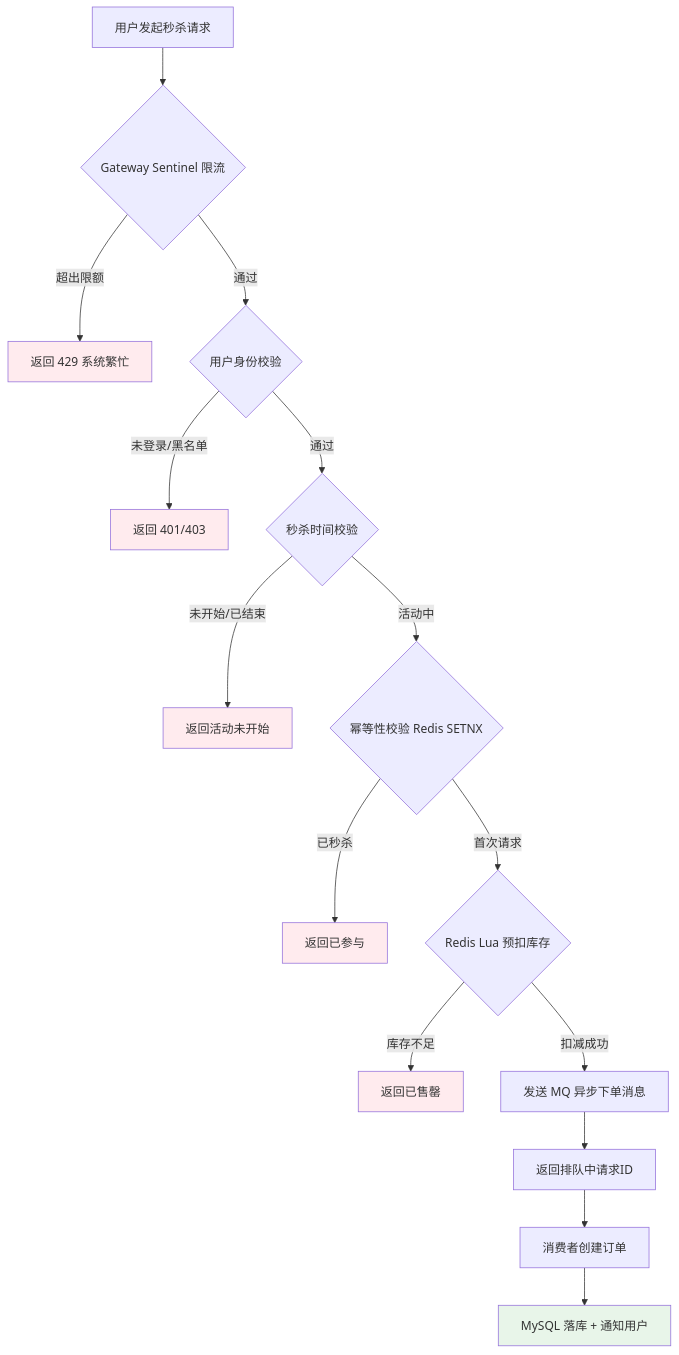
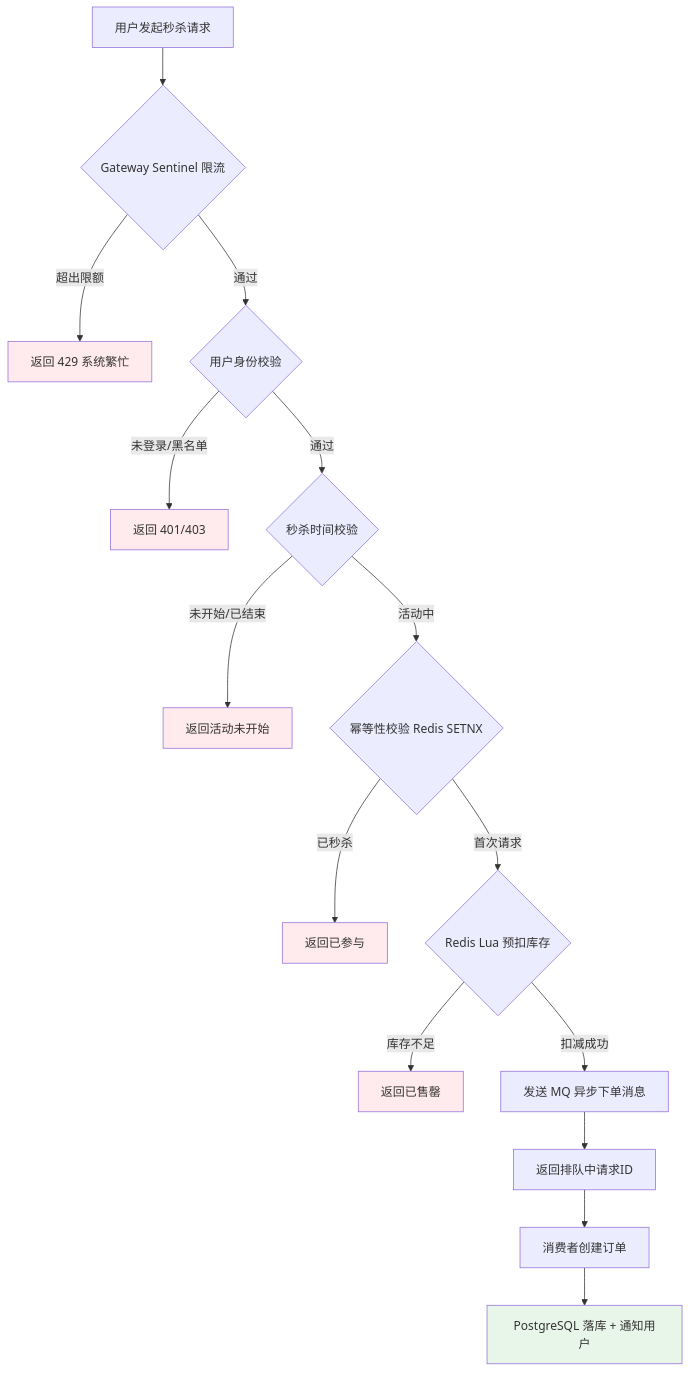
The fourth of 5 diagrams in docs/034-Spring-Cloud秒杀系统设计全解析.md (yjiace/smallyoung_blog), drawn with Mermaid before and after one commit. The commit also changed other lines of this file, not shown here.

````diff
--- a/docs/034-Spring-Cloud秒杀系统设计全解析.md
+++ b/docs/034-Spring-Cloud秒杀系统设计全解析.md
@@ -451,23 +482,23 @@
 ```mermaid
 flowchart TB
     A[用户发起秒杀请求] --> B{Gateway Sentinel 限流}
     B -->|超出限额| C[返回 429 系统繁忙]
     B -->|通过| D{用户身份校验}
     D -->|未登录/黑名单| E[返回 401/403]
     D -->|通过| F{秒杀时间校验}
     F -->|未开始/已结束| G[返回活动未开始]
     F -->|活动中| H{幂等性校验 Redis SETNX}
     H -->|已秒杀| I[返回已参与]
     H -->|首次请求| J{Redis Lua 预扣库存}
     J -->|库存不足| K[返回已售罄]
     J -->|扣减成功| L[发送 MQ 异步下单消息]
     L --> M[返回排队中请求ID]
     M --> N[消费者创建订单]
-    N --> O[MySQL 落库 + 通知用户]
+    N --> O[PostgreSQL 落库 + 通知用户]
     style C fill:#ffebee
     style E fill:#ffebee
     style G fill:#ffebee
     style I fill:#ffebee
     style K fill:#ffebee
     style O fill:#e8f5e9
 ```
````
